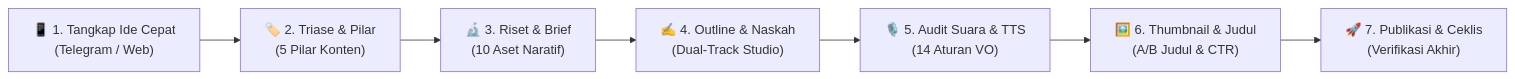
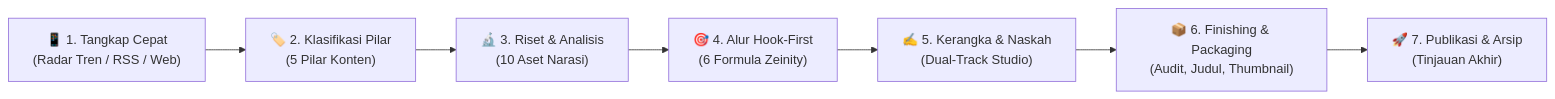
One commit to zenqyverse/zeinity-creator-assistants changed the diagram in README.id.md. Above: the diagram before and after it, drawn with Mermaid. The commit also changed other lines of this file and 13 other files, not shown here.

Commit message:
feat(finishing-packaging): consolidate 2-panel master-detail studio, casual audit subsession, and update documentation

````diff
--- a/README.id.md
+++ b/README.id.md
@@ -146,9 +186,9 @@
 ```mermaid
 flowchart LR
-    A["📱 1. Tangkap Ide Cepat<br/>(Telegram / Web)"] --> B["🏷️ 2. Triase & Pilar<br/>(5 Pilar Konten)"]
-    B --> C["🔬 3. Riset & Brief<br/>(10 Aset Naratif)"]
-    C --> D["✍️ 4. Outline & Naskah<br/>(Dual-Track Studio)"]
-    D --> E["🎙️ 5. Audit Suara & TTS<br/>(14 Aturan VO)"]
-    E --> F["🖼️ 6. Thumbnail & Judul<br/>(A/B Judul & CTR)"]
-    F --> G["🚀 7. Publikasi & Ceklis<br/>(Verifikasi Akhir)"]
+    A["📱 1. Tangkap Cepat<br/>(Radar Tren / RSS / Web)"] --> B["🏷️ 2. Klasifikasi Pilar<br/>(5 Pilar Konten)"]
+    B --> C["🔬 3. Riset & Analisis<br/>(10 Aset Narasi)"]
+    C --> D["🎯 4. Alur Hook-First<br/>(6 Formula Zeinity)"]
+    D --> E["✍️ 5. Kerangka & Naskah<br/>(Dual-Track Studio)"]
+    E --> F["📦 6. Finishing & Packaging<br/>(Audit, Judul, Thumbnail)"]
+    F --> G["🚀 7. Publikasi & Arsip<br/>(Tinjauan Akhir)"]
 ```
````
